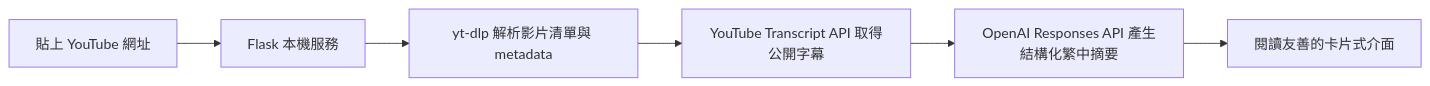
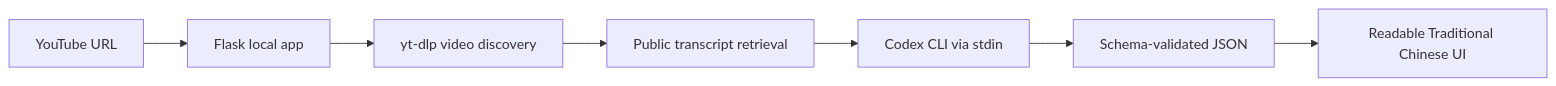
One commit to phyop/YT_Summary_App changed the diagram in README.md. Above: the diagram before and after it, drawn with Mermaid. The commit also changed other lines of this file and 30 other files, not shown here.

Commit message:
feat: add keyless Codex CLI summarizer

````diff
--- a/README.md
+++ b/README.md
@@ -22,8 +28,9 @@
 ```mermaid
 flowchart LR
-    A["貼上 YouTube 網址"] --> B["Flask 本機服務"]
-    B --> C["yt-dlp 解析影片清單與 metadata"]
-    C --> D["YouTube Transcript API 取得公開字幕"]
-    D --> E["OpenAI Responses API 產生結構化繁中摘要"]
-    E --> F["閱讀友善的卡片式介面"]
+    A["YouTube URL"] --> B["Flask local app"]
+    B --> C["yt-dlp video discovery"]
+    C --> D["Public transcript retrieval"]
+    D --> E["Codex CLI via stdin"]
+    E --> F["Schema-validated JSON"]
+    F --> G["Readable Traditional Chinese UI"]
 ```
````
